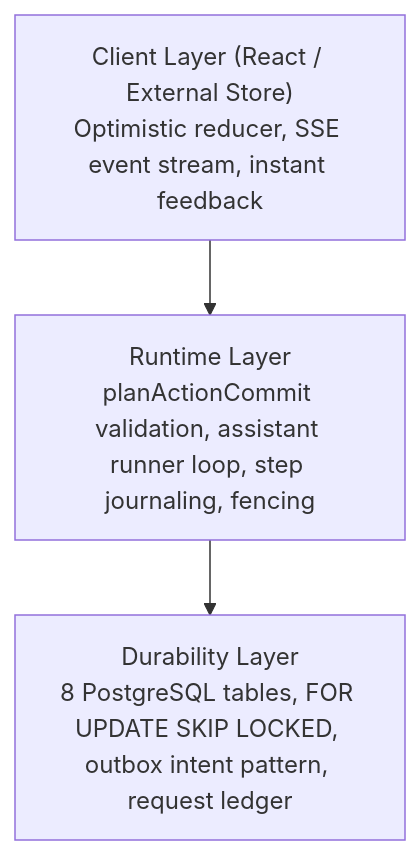
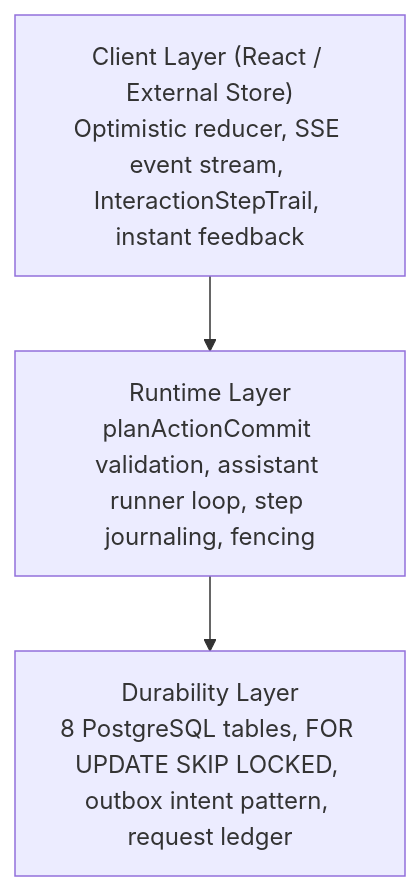
Before and after one commit to th-efool/interaction-builder: the diagram in README.md, drawn with Mermaid. The commit also changed other lines of this file and 21 other files, not shown here.

Commit message:
feat(progress-ux): add variable 2-5 step thought-trail, chronological bubble anchoring, implicit intent router, split-canvas reveal, and one-prompt AI integration guide

````diff
--- a/README.md
+++ b/README.md
@@ -25,5 +26,5 @@
 ```mermaid
 graph TD
-  A["Client Layer (React / External Store)<br/>Optimistic reducer, SSE event stream, instant feedback"] --> B["Runtime Layer<br/>planActionCommit validation, assistant runner loop, step journaling, fencing"]
+  A["Client Layer (React / External Store)<br/>Optimistic reducer, SSE event stream, InteractionStepTrail, instant feedback"] --> B["Runtime Layer<br/>planActionCommit validation, assistant runner loop, step journaling, fencing"]
   B --> C["Durability Layer<br/>8 PostgreSQL tables, FOR UPDATE SKIP LOCKED, outbox intent pattern, request ledger"]
 ```
````
